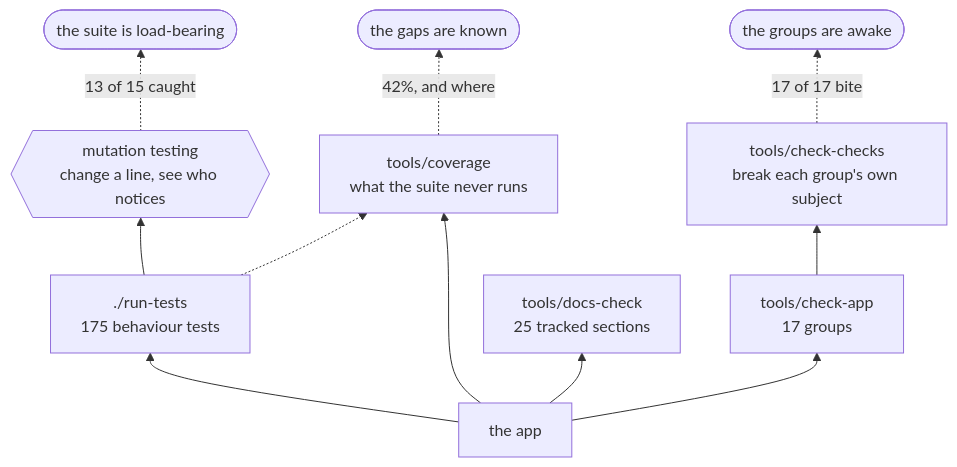
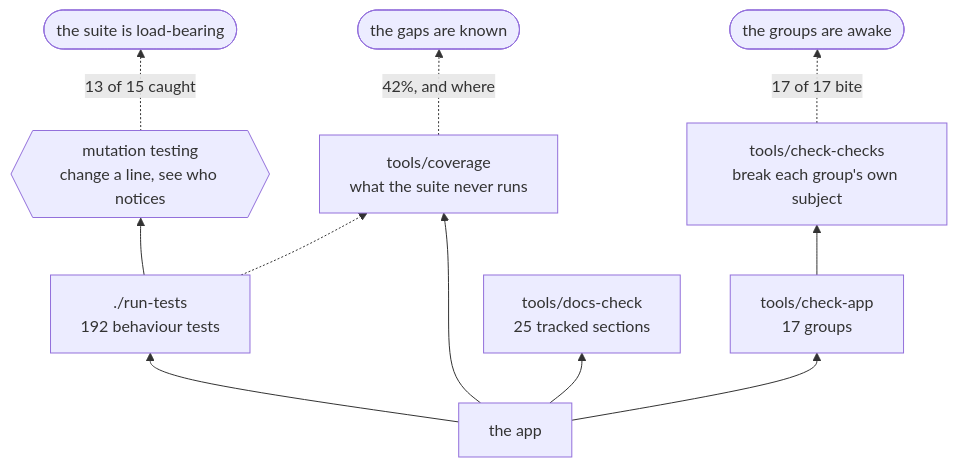
Before and after one commit to minormending/crystal-pilot-mobile: the second of 2 diagrams in docs/DEVELOPING.md, drawn with Mermaid. The commit also changed 3 other files, not shown here.

````diff
--- a/docs/DEVELOPING.md
+++ b/docs/DEVELOPING.md
@@ -118,13 +118,13 @@
 ```mermaid
 flowchart BT
-    C["the app"] --> T["./run-tests<br/>175 behaviour tests"]
+    C["the app"] --> T["./run-tests<br/>192 behaviour tests"]
     C --> A["tools/check-app<br/>17 groups"]
     C --> D["tools/docs-check<br/>25 tracked sections"]
     C --> V["tools/coverage<br/>what the suite never runs"]
     T --> M{{"mutation testing<br/>change a line, see who notices"}}
     A --> K["tools/check-checks<br/>break each group's own subject"]
     T -.-> V
     M -.->|"13 of 15 caught"| R(["the suite is load-bearing"])
     K -.->|"17 of 17 bite"| R2(["the groups are awake"])
     V -.->|"42%, and where"| R3(["the gaps are known"])
 ```
````
